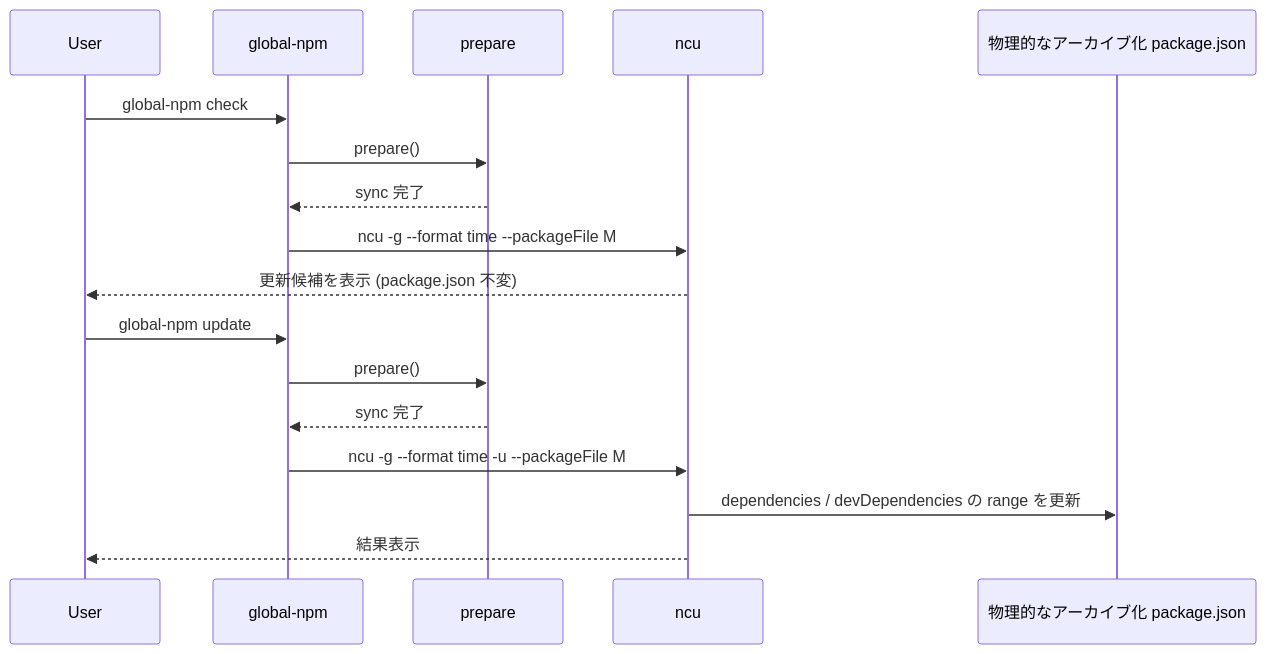
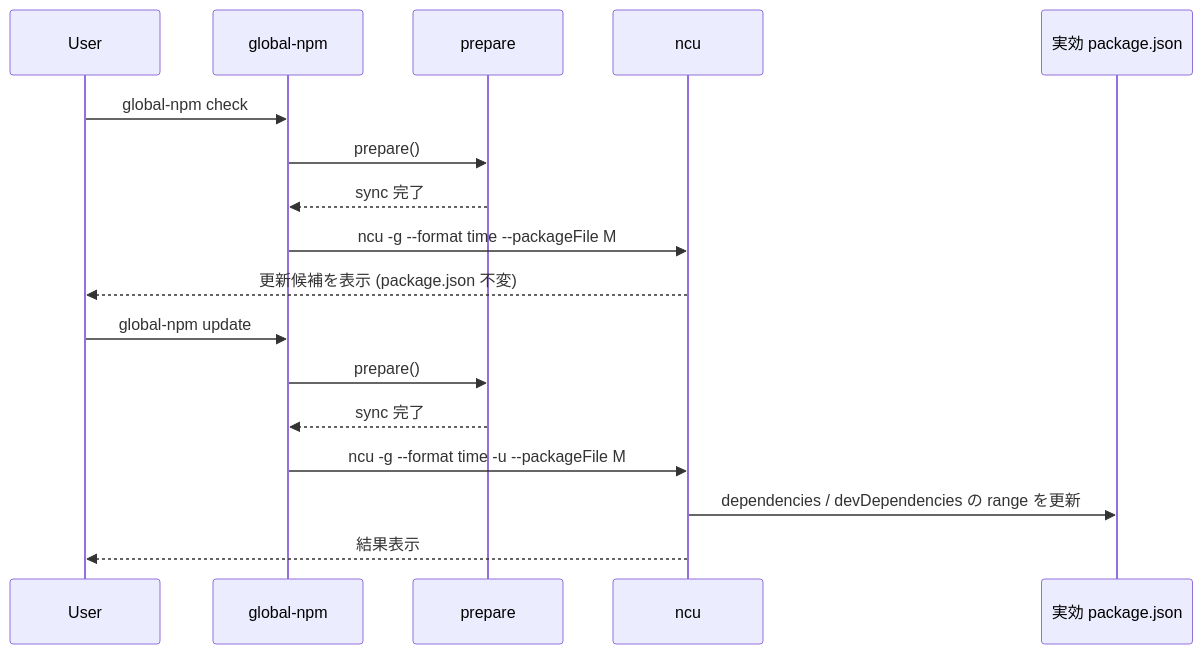
The fourth of 8 diagrams in docsMod/mod-overlay-manifest.md (stein2nd/global-npm-setup), drawn with Mermaid before and after one commit. The commit also changed other lines of this file, not shown here.

````diff
--- a/docsMod/mod-overlay-manifest.md
+++ b/docsMod/mod-overlay-manifest.md
@@ -361,21 +361,21 @@
 ```mermaid
 sequenceDiagram
   participant U as User
   participant CLI as global-npm
   participant P as prepare
   participant N as ncu
-  participant M as 物理的なアーカイブ化 package.json
+  participant M as 実効 package.json
 
   U->>CLI: global-npm check
   CLI->>P: prepare()
   P-->>CLI: sync 完了
   CLI->>N: ncu -g --format time --packageFile M
   N-->>U: 更新候補を表示 (package.json 不変)
 
   U->>CLI: global-npm update
   CLI->>P: prepare()
   P-->>CLI: sync 完了
   CLI->>N: ncu -g --format time -u --packageFile M
   N->>M: dependencies / devDependencies の range を更新
   N-->>U: 結果表示
 ```
````
